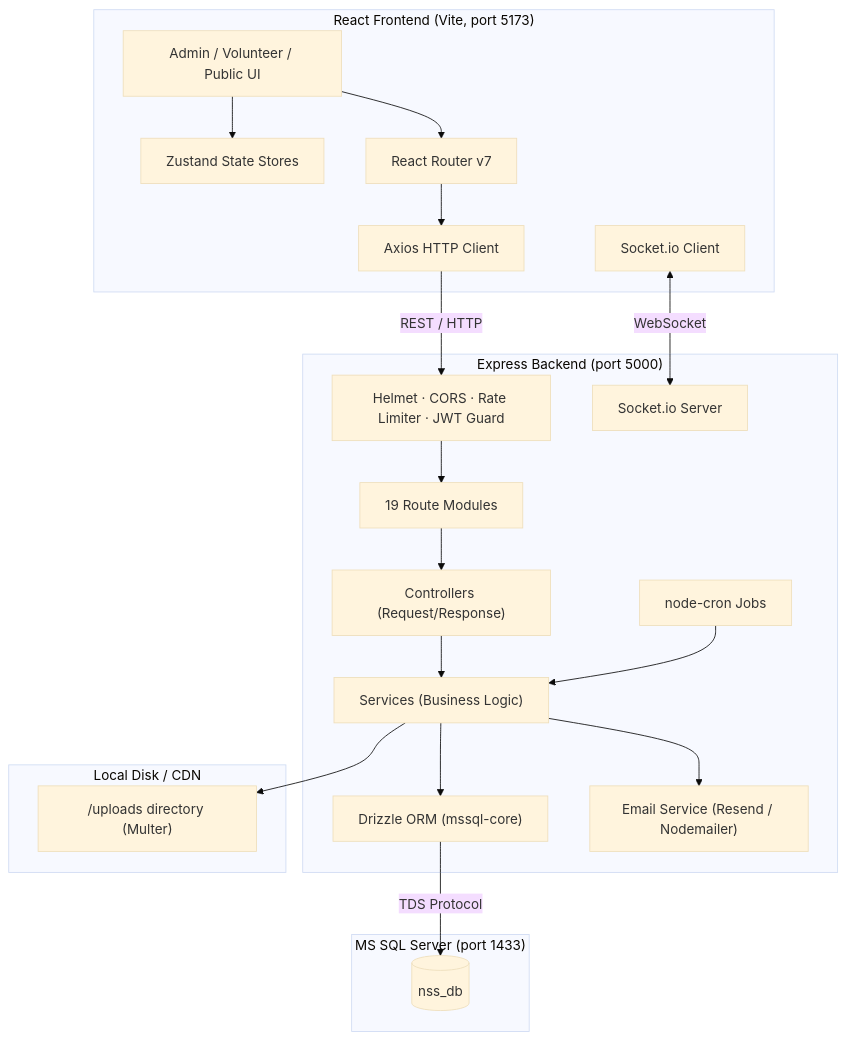
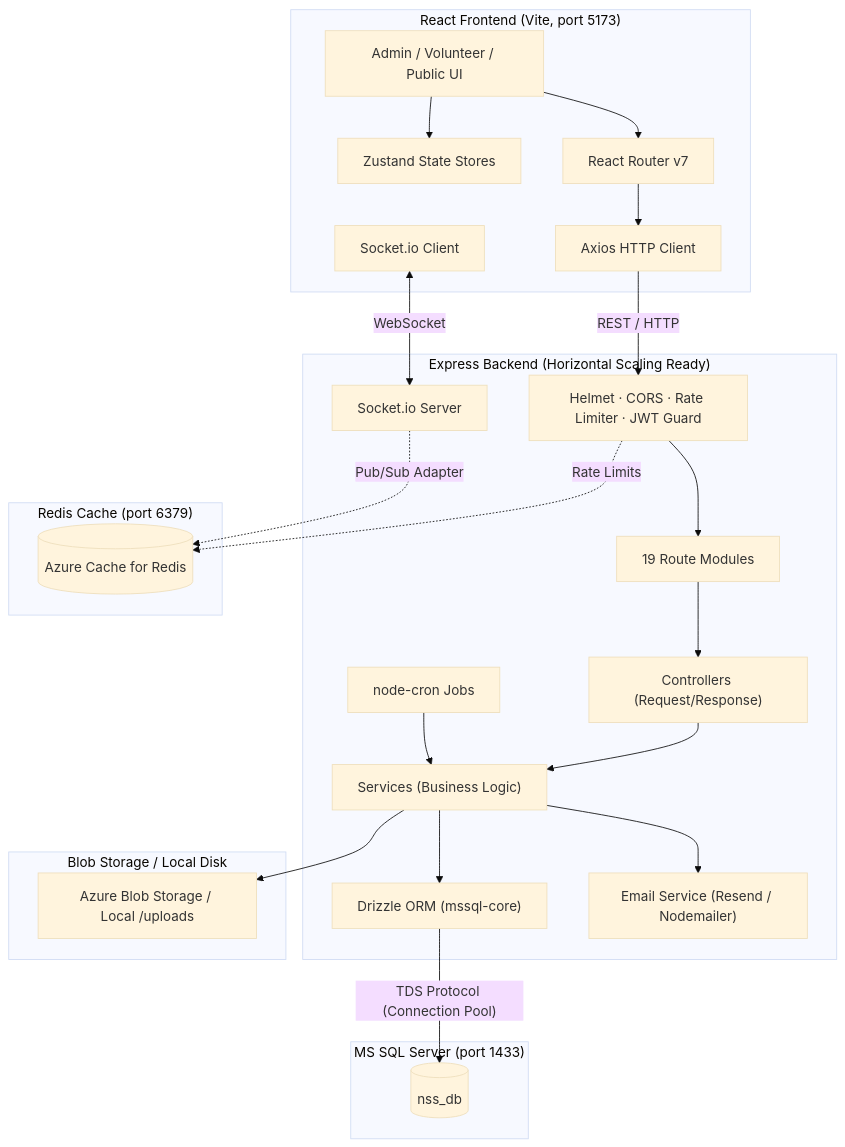
One commit to bhagyeshmagar/nssrscoe changed the diagram in README.md. Above: the diagram before and after it, drawn with Mermaid (base theme). The commit also changed other lines of this file, not shown here.

Commit message:
docs: update README architecture diagram for 10K concurrent users

````diff
--- a/README.md
+++ b/README.md
@@ -71,44 +74,50 @@
 ```mermaid
 graph TD
     subgraph Client ["React Frontend (Vite, port 5173)"]
         UI[Admin / Volunteer / Public UI]
         Zustand[Zustand State Stores]
         ReactRouter[React Router v7]
         AxiosClient[Axios HTTP Client]
         SocketClient[Socket.io Client]
 
         UI --> Zustand
         UI --> ReactRouter
         ReactRouter --> AxiosClient
     end
 
-    subgraph Server ["Express Backend (port 5000)"]
+    subgraph Server ["Express Backend (Horizontal Scaling Ready)"]
         Middleware["Helmet · CORS · Rate Limiter · JWT Guard"]
         Routes["19 Route Modules"]
         Controllers["Controllers (Request/Response)"]
         Services["Services (Business Logic)"]
         DrizzleORM["Drizzle ORM (mssql-core)"]
         SocketServer["Socket.io Server"]
         CronJobs["node-cron Jobs"]
         EmailService["Email Service (Resend / Nodemailer)"]
 
         AxiosClient -- "REST / HTTP" --> Middleware
         Middleware --> Routes
         Routes --> Controllers
         Controllers --> Services
         Services --> DrizzleORM
         Services --> EmailService
         SocketClient <-- "WebSocket" --> SocketServer
         CronJobs --> Services
     end
 
+    subgraph Shared State ["Redis Cache (port 6379)"]
+        Redis[(Azure Cache for Redis)]
+        Middleware -. "Rate Limits" .-> Redis
+        SocketServer -. "Pub/Sub Adapter" .-> Redis
+    end
+
     subgraph Database ["MS SQL Server (port 1433)"]
         MSSQL[(nss_db)]
-        DrizzleORM -- "TDS Protocol" --> MSSQL
+        DrizzleORM -- "TDS Protocol (Connection Pool)" --> MSSQL
     end
 
-    subgraph Storage ["Local Disk / CDN"]
-        Uploads["/uploads directory (Multer)"]
+    subgraph Storage ["Blob Storage / Local Disk"]
+        Uploads["Azure Blob Storage / Local /uploads"]
         Services --> Uploads
     end
 ```
````
